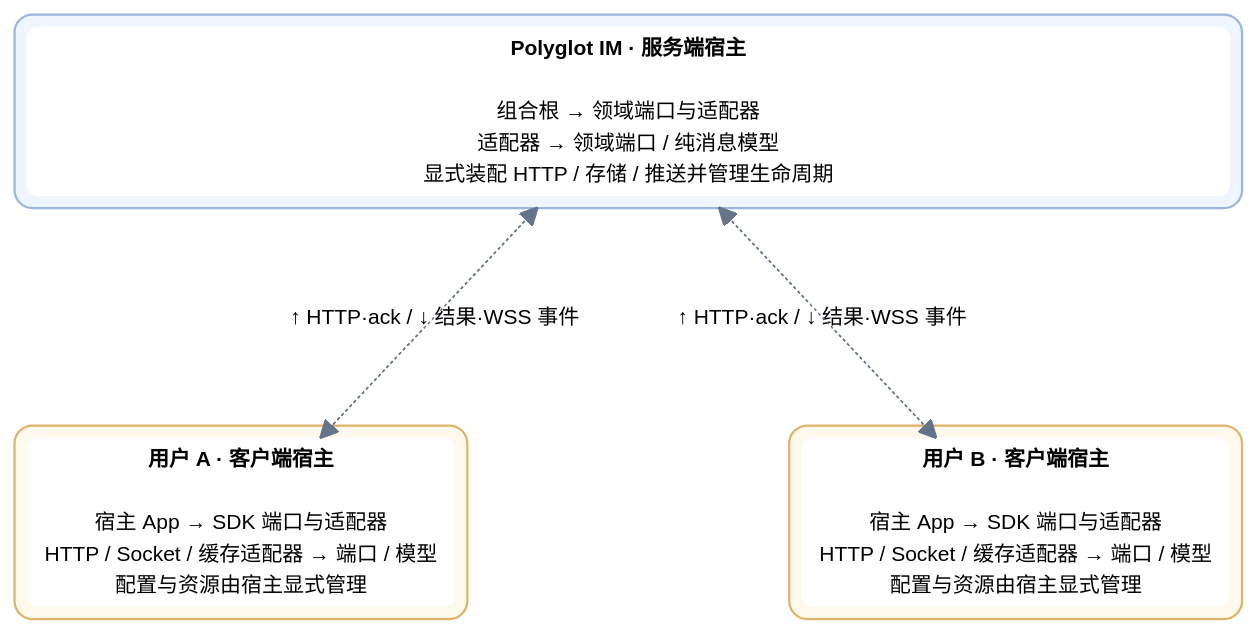
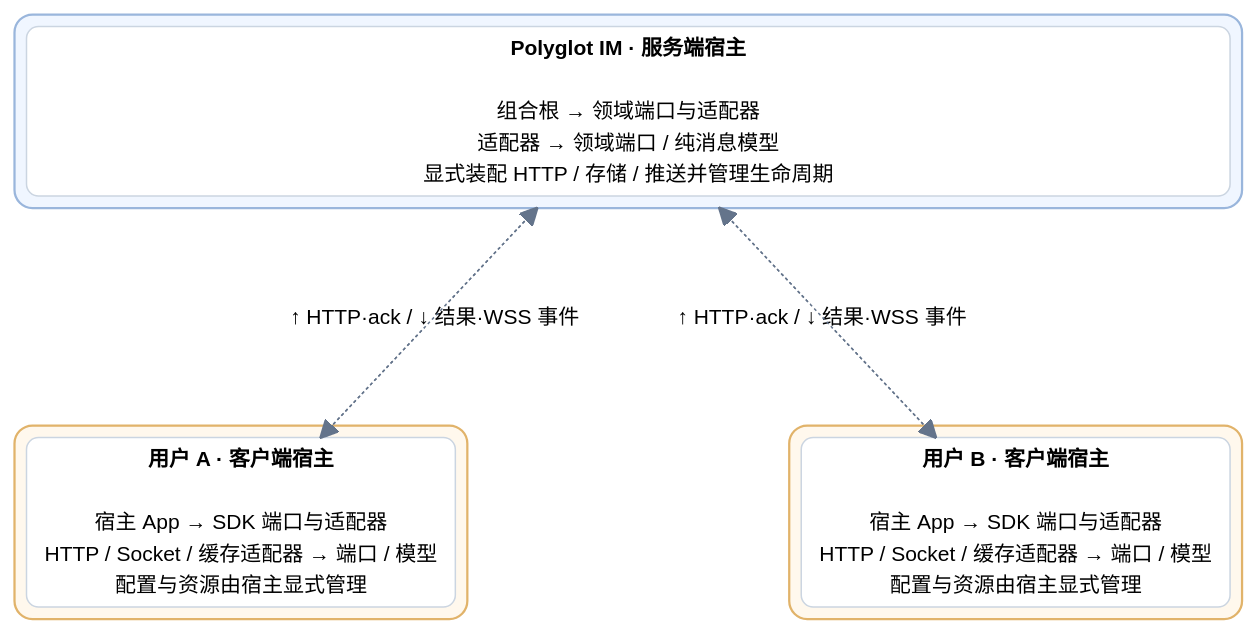
One commit to bitlap/polyglot-im changed the diagram in docs/extensibility.md. Above: the diagram before and after it, drawn with Mermaid. The commit also changed 8 other files, not shown here.

````diff
--- a/docs/extensibility.md
+++ b/docs/extensibility.md
@@ -9,28 +9,28 @@
 ```mermaid
-%%{init: {"theme":"base","flowchart":{"curve":"stepBefore"},"themeVariables":{"fontSize":"14px","primaryColor":"#ffffff","primaryBorderColor":"#cbd5e1","primaryTextColor":"#1e293b","lineColor":"#64748b","edgeLabelBackground":"#ffffff"},"themeCSS":".edge-pattern-dotted { stroke: #d68a26 !important; stroke-width: 1.6px !important; stroke-dasharray: 5 7 !important; } .edge-pattern-solid { stroke: #64748b !important; stroke-width: 1.6px !important; } .edgeLabel rect { fill: #ffffff !important; opacity: 1 !important; rx: 5; ry: 5; } .block rect { rx: 10; ry: 10; }"}}%%
+%%{init: {"theme":"base","flowchart":{"curve":"stepAfter"},"themeVariables":{"fontSize":"14px","primaryColor":"#ffffff","primaryBorderColor":"#cbd5e1","primaryTextColor":"#1e293b","lineColor":"#64748b","edgeLabelBackground":"#ffffff"},"themeCSS":".edge-pattern-dotted { stroke: #d68a26 !important; stroke-width: 1.6px !important; stroke-dasharray: 5 7 !important; } .edge-pattern-solid { stroke: #64748b !important; stroke-width: 1.6px !important; } .edgeLabel rect { fill: #ffffff !important; opacity: 1 !important; rx: 5; ry: 5; } .block rect { rx: 10; ry: 10; } path[id$=\"-UA-IM\"] { transform: translateX(32px); } path[id$=\"-UB-IM\"] { transform: translateX(-32px); }","block":{"padding":8}}}%%
 block-beta
   columns 8
   block:IM:8
     columns 1
     Server["<b>Polyglot IM · 服务端宿主</b><br/><br/>组合根 → 领域端口与适配器<br/>适配器 → 领域端口 / 纯消息模型<br/>显式装配 HTTP / 存储 / 推送并管理生命周期"]
   end
   space:8
   block:Alice:3
     columns 1
     UA["<b>用户 A · 客户端宿主</b><br/><br/>宿主 App → SDK 端口与适配器<br/>HTTP / Socket / 缓存适配器 → 端口 / 模型<br/>配置与资源由宿主显式管理"]
   end
   space:2
   block:Bob:3
     columns 1
     UB["<b>用户 B · 客户端宿主</b><br/><br/>宿主 App → SDK 端口与适配器<br/>HTTP / Socket / 缓存适配器 → 端口 / 模型<br/>配置与资源由宿主显式管理"]
   end
   IM -. "↑ HTTP·ack / ↓ 结果·WSS 事件" .-> UA
   UA -.-> IM
   IM -. "↑ HTTP·ack / ↓ 结果·WSS 事件" .-> UB
   UB -.-> IM
   style IM fill:#f0f6ff,stroke:#9ab6dc,stroke-width:1.5px,rx:12,ry:12
   style Alice fill:#fff8ed,stroke:#e1b36a,stroke-width:1.5px,rx:12,ry:12
   style Bob fill:#fff8ed,stroke:#e1b36a,stroke-width:1.5px,rx:12,ry:12
-  classDef component fill:#ffffff,stroke:none,color:#475569,rx:8,ry:8
+  classDef component fill:#ffffff,stroke:#cbd5e1,color:#475569,rx:8,ry:8
   class Server,UA,UB component
 ```
````
